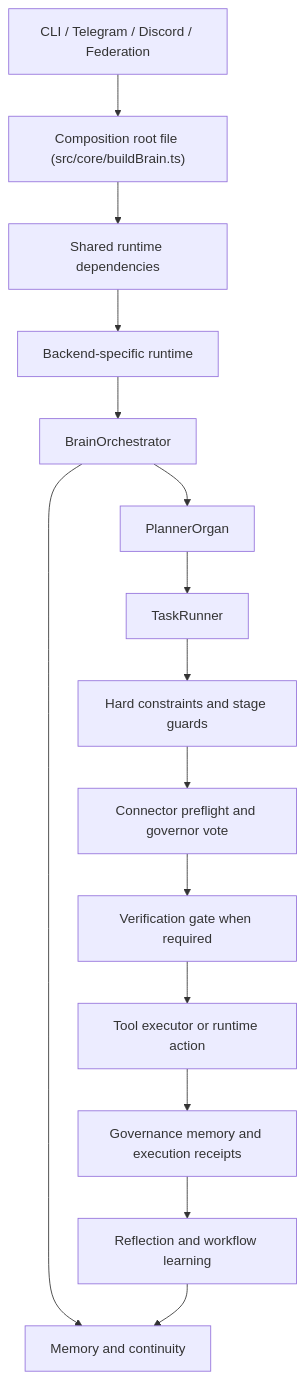
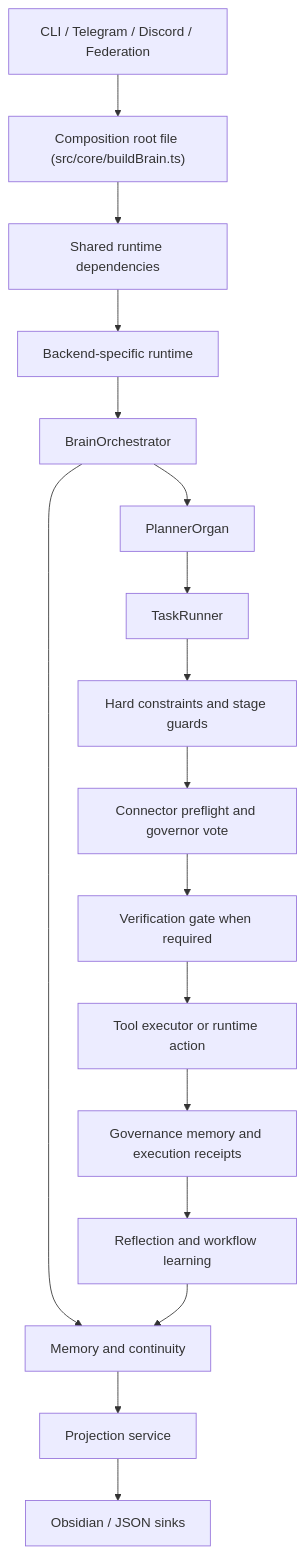
One commit to AgentBigBrain/AgentBigBrain changed the diagram in docs/ARCHITECTURE.md. Above: the diagram before and after it, drawn with Mermaid. The commit also changed other lines of this file and 299 other files, not shown here.

First line of the commit message:
Add memory projection runtime and routing hygiene (#14)

````diff
--- a/docs/ARCHITECTURE.md
+++ b/docs/ARCHITECTURE.md
@@ -96,20 +98,22 @@
 ```mermaid
 flowchart TB
     Ingress["CLI / Telegram / Discord / Federation"] --> CompositionRoot["Composition root file (src/core/buildBrain.ts)"]
     CompositionRoot --> Shared["Shared runtime dependencies"]
     Shared --> Backend["Backend-specific runtime"]
     Backend --> Orchestrator["BrainOrchestrator"]
 
     Orchestrator --> Planner["PlannerOrgan"]
     Planner --> Runner["TaskRunner"]
 
     Runner --> Constraints["Hard constraints and stage guards"]
     Constraints --> Governance["Connector preflight and governor vote"]
     Governance --> Verify["Verification gate when required"]
     Verify --> Execute["Tool executor or runtime action"]
     Execute --> Evidence["Governance memory and execution receipts"]
 
     Orchestrator --> Memory["Memory and continuity"]
+    Memory --> Projection["Projection service"]
+    Projection --> Mirrors["Obsidian / JSON sinks"]
     Evidence --> Reflection["Reflection and workflow learning"]
     Reflection --> Memory
 ```
````
